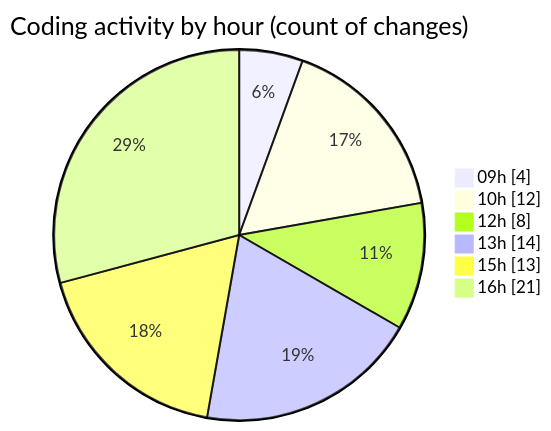
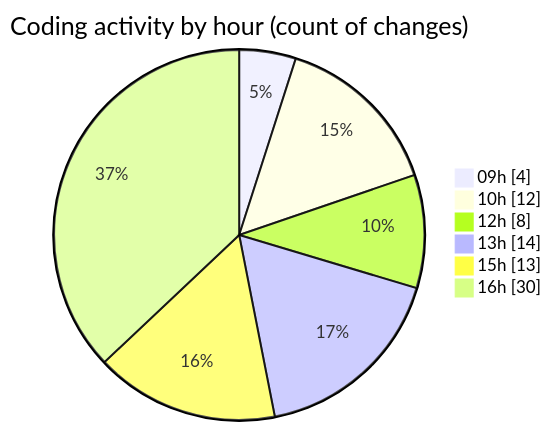
The second of 2 diagrams in 2025-05-19/nxtqube_webapp/README.md (nxtqubesakshisongat/code-tracking), drawn with Mermaid before and after one commit. The commit also changed other lines of this file and 1 other file, not shown here.

````diff
--- a/2025-05-19/nxtqube_webapp/README.md
+++ b/2025-05-19/nxtqube_webapp/README.md
@@ -37,10 +37,10 @@
 ```mermaid
 pie showData
 title Coding activity by hour (count of changes)
 "09h" : 4
 "10h" : 12
 "12h" : 8
 "13h" : 14
 "15h" : 13
-"16h" : 21
+"16h" : 30
 ```
````
